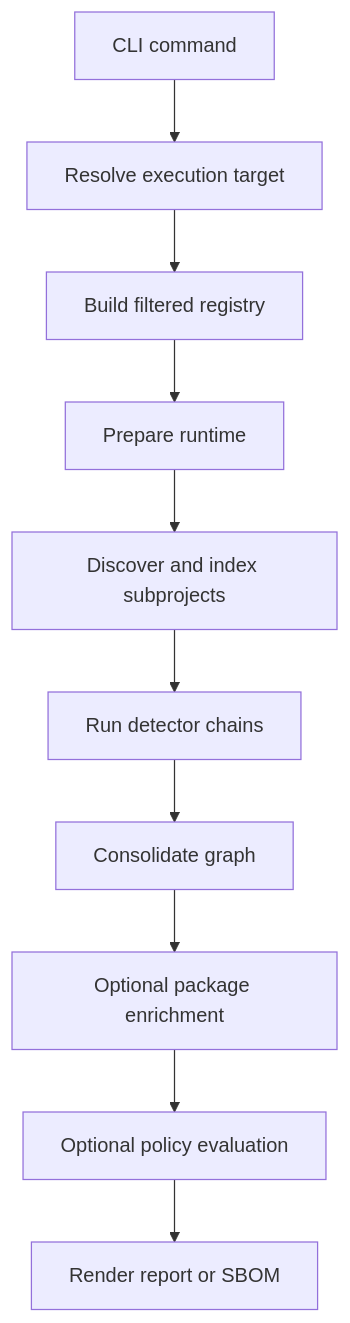
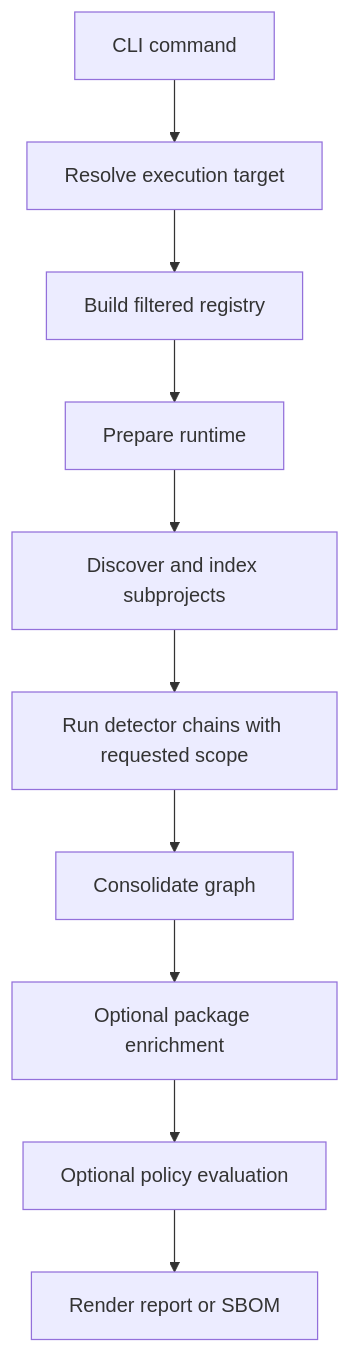
Before and after one commit to bomly-dev/bomly-cli: the first of 3 diagrams in docs/ARCHITECTURE.md, drawn with Mermaid. The commit also changed other lines of this file and 31 other files, not shown here.

````diff
--- a/docs/ARCHITECTURE.md
+++ b/docs/ARCHITECTURE.md
@@ -22,12 +22,12 @@
 ```mermaid
 flowchart TD
     A[CLI command] --> B[Resolve execution target]
     B --> C[Build filtered registry]
     C --> D[Prepare runtime]
     D --> E[Discover and index subprojects]
-    E --> F[Run detector chains]
+    E --> F[Run detector chains with requested scope]
     F --> G[Consolidate graph]
     G --> H[Optional package enrichment]
     H --> I[Optional policy evaluation]
     I --> J[Render report or SBOM]
 ```
````
